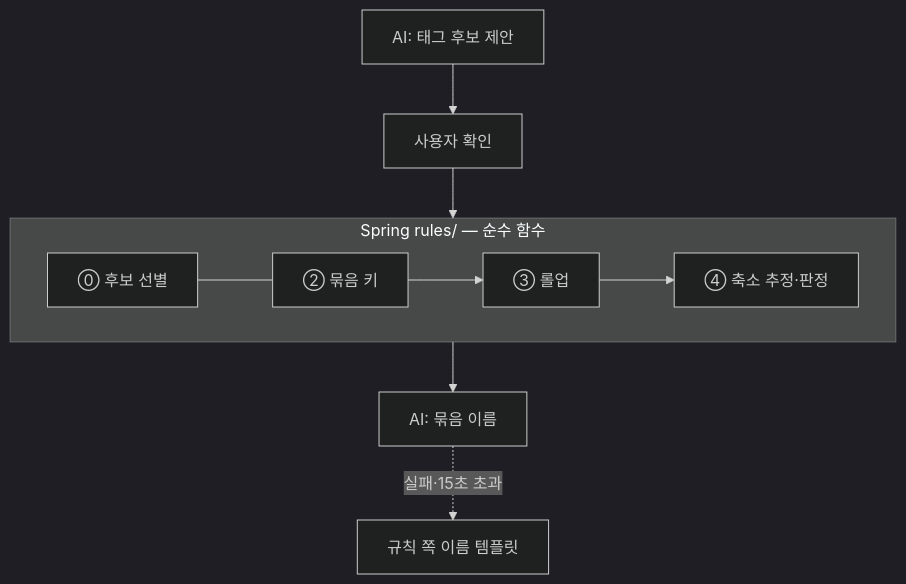
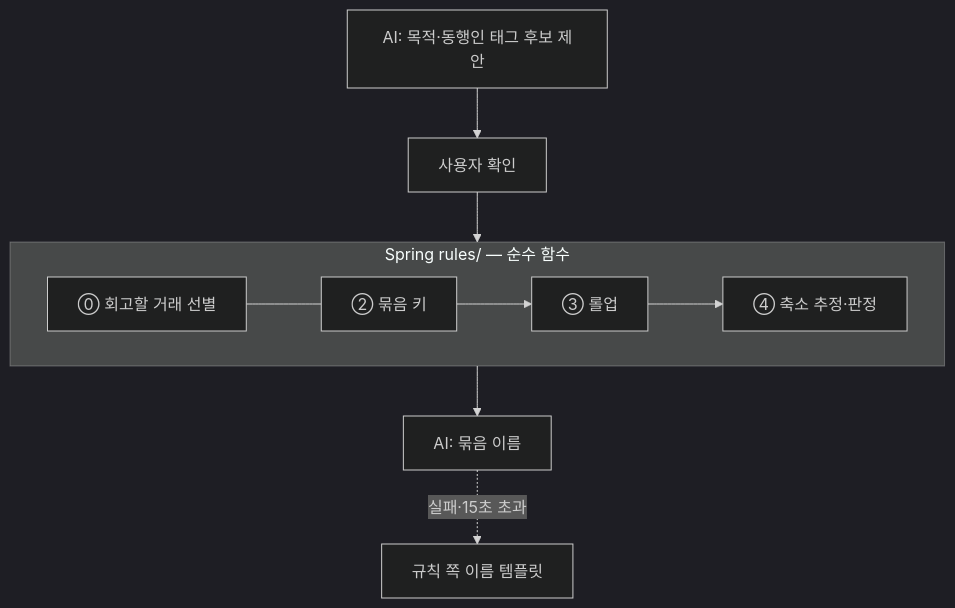
Before and after one commit to samu9nai/myblog: the diagram in src/content/posts/jittaejap-rule-engine.md, drawn with Mermaid (dark theme). The commit also changed other lines of this file and 9 other files, not shown here.

````diff
--- a/src/content/posts/jittaejap-rule-engine.md
+++ b/src/content/posts/jittaejap-rule-engine.md
@@ -36,12 +37,12 @@
 ```mermaid
 flowchart TD
-    A[AI: 태그 후보 제안] --> U[사용자 확인]
+    A[AI: 목적·동행인 태그 후보 제안] --> U[사용자 확인]
     U --> R
     subgraph R [Spring rules/ — 순수 함수]
-        C[⓪ 후보 선별] --- K[② 묶음 키]
+        C[⓪ 회고할 거래 선별] --- K[② 묶음 키]
         K --> L[③ 롤업]
         L --> S[④ 축소 추정·판정]
     end
     R --> N[AI: 묶음 이름]
     N -. 실패·15초 초과 .-> T[규칙 쪽 이름 템플릿]
 ```
````
